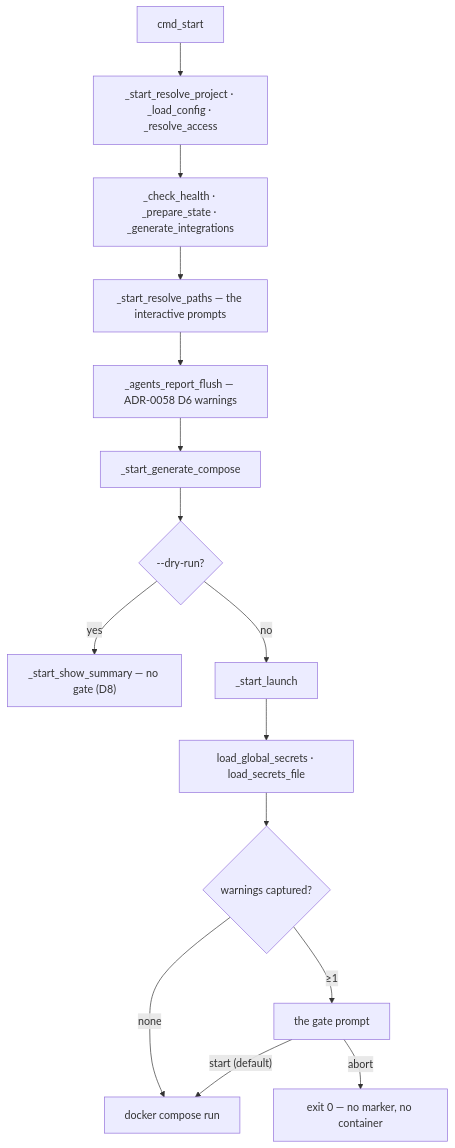
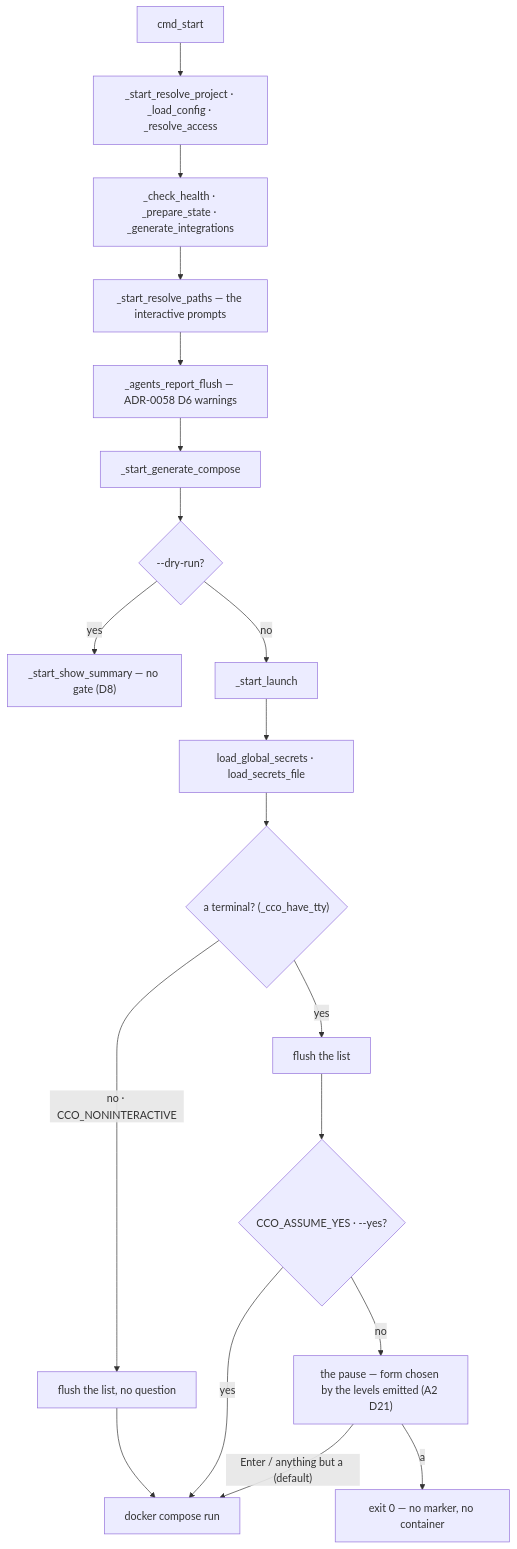
One commit to alergyonthestage/claude-orchestrator changed the third of 3 diagrams in docs/maintainers/cli/design/design-warning-gate-and-onboarding-prompts.md. Above: the diagram before and after it, drawn with Mermaid. The commit also changed other lines of this file and 5 other files, not shown here.

````diff
--- a/docs/maintainers/cli/design/design-warning-gate-and-onboarding-prompts.md
+++ b/docs/maintainers/cli/design/design-warning-gate-and-onboarding-prompts.md
@@ -158,17 +174,20 @@
 ```mermaid
 flowchart TD
   S["cmd_start"] --> R["_start_resolve_project · _load_config · _resolve_access"]
   R --> H["_check_health · _prepare_state · _generate_integrations"]
   H --> P["_start_resolve_paths — the interactive prompts"]
   P --> A["_agents_report_flush — ADR-0058 D6 warnings"]
   A --> C["_start_generate_compose"]
   C --> DR{"--dry-run?"}
   DR -- yes --> SUM["_start_show_summary — no gate (D8)"]
   DR -- no --> L["_start_launch"]
   L --> SEC["load_global_secrets · load_secrets_file"]
-  SEC --> G{"warnings captured?"}
-  G -- "none" --> RUN["docker compose run"]
-  G -- "≥1" --> Q["the gate prompt"]
-  Q -- "start (default)" --> RUN
-  Q -- "abort" --> X["exit 0 — no marker, no container"]
+  SEC --> T{"a terminal? (_cco_have_tty)"}
+  T -- "no · CCO_NONINTERACTIVE" --> F["flush the list, no question"] --> RUN["docker compose run"]
+  T -- yes --> FL["flush the list"]
+  FL --> AY{"CCO_ASSUME_YES · --yes?"}
+  AY -- yes --> RUN
+  AY -- no --> Q["the pause — form chosen by the levels emitted (A2 D21)"]
+  Q -- "Enter / anything but a (default)" --> RUN
+  Q -- "a" --> X["exit 0 — no marker, no container"]
 ```
````
